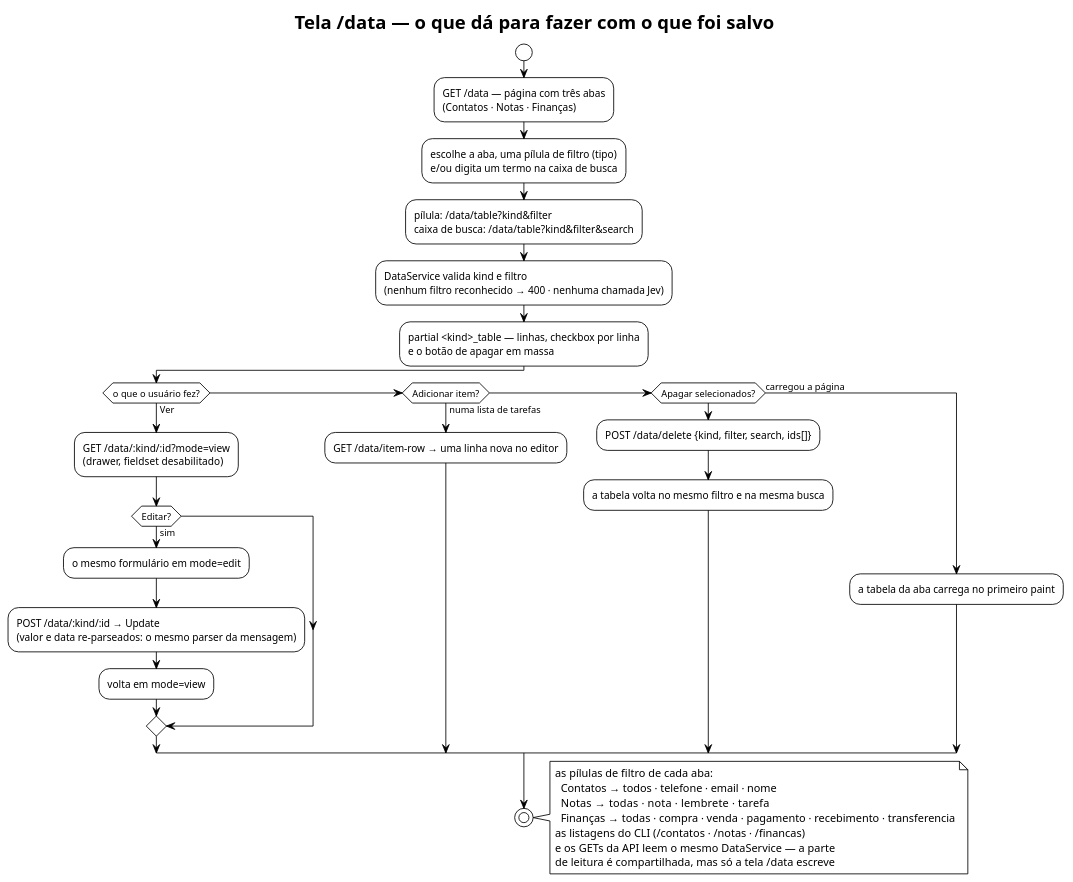
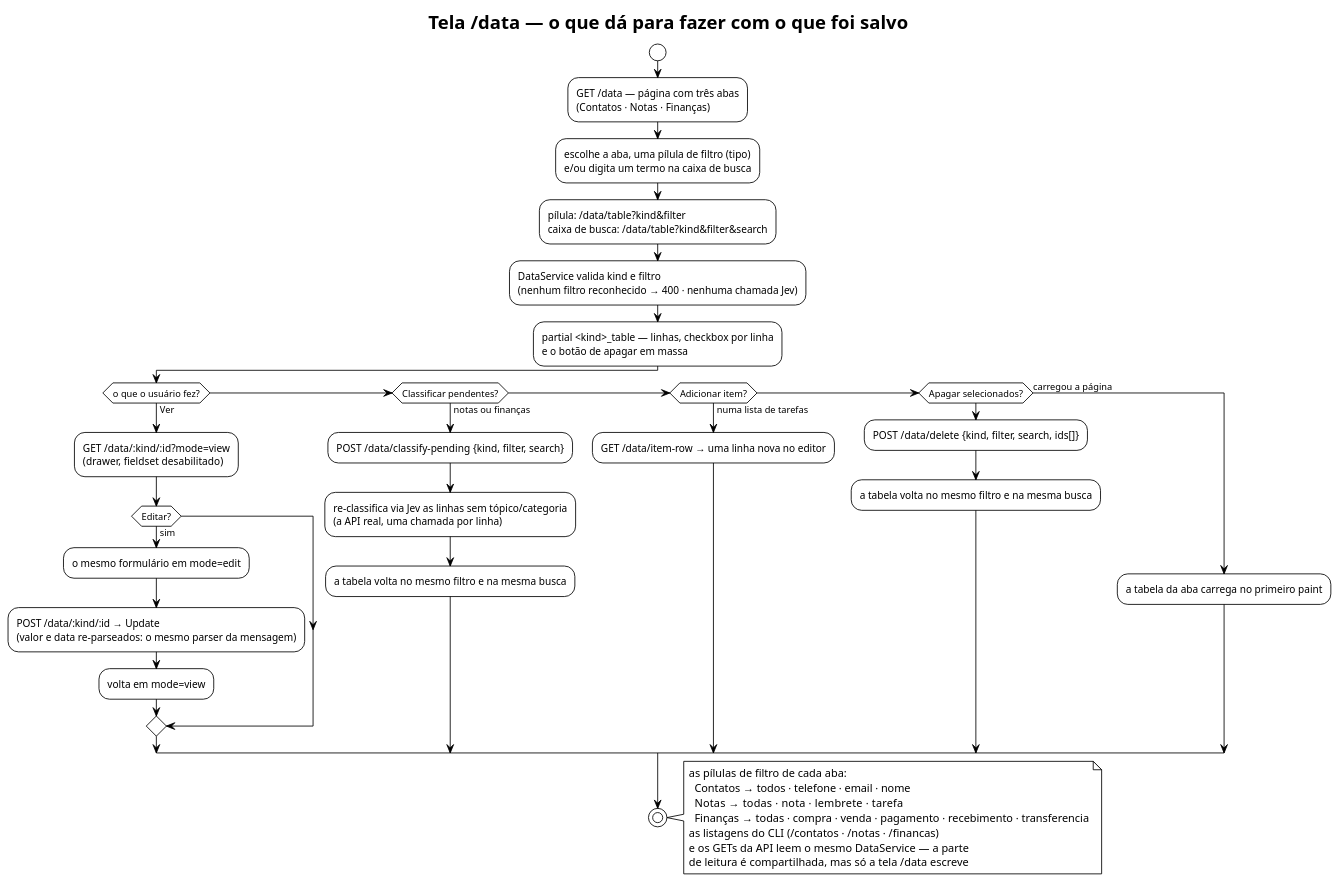
One commit to izacgaldino23/msg-classifier changed the diagram in docs/diagrams/fluxo-dados.puml. Above: the diagram before and after it, drawn with PlantUML. The commit also changed 21 other files, not shown here.

First line of the commit message:
feat(data): classify transactions and notes (category/topic)

```diff
--- a/docs/diagrams/fluxo-dados.puml
+++ b/docs/diagrams/fluxo-dados.puml
@@ -1,48 +1,53 @@
 @startuml fluxo-dados
 !theme plain
 title Tela /data — o que dá para fazer com o que foi salvo
 
 skinparam shadowing false
 
 start
 :GET /data — página com três abas
 (Contatos · Notas · Finanças);
 :escolhe a aba, uma pílula de filtro (tipo)
 e/ou digita um termo na caixa de busca;
 :pílula: /data/table?kind&filter
 caixa de busca: /data/table?kind&filter&search;
 :DataService valida kind e filtro
 (nenhum filtro reconhecido → 400 · nenhuma chamada Jev);
 :partial <kind>_table — linhas, checkbox por linha
 e o botão de apagar em massa;
 
 if (o que o usuário fez?) then (Ver)
   :GET /data/:kind/:id?mode=view
   (drawer, fieldset desabilitado);
   if (Editar?) then (sim)
     :o mesmo formulário em mode=edit;
     :POST /data/:kind/:id → Update
     (valor e data re-parseados: o mesmo parser da mensagem);
     :volta em mode=view;
   endif
+elseif (Classificar pendentes?) then (notas ou finanças)
+  :POST /data/classify-pending {kind, filter, search};
+  :re-classifica via Jev as linhas sem tópico/categoria
+  (a API real, uma chamada por linha);
+  :a tabela volta no mesmo filtro e na mesma busca;
 elseif (Adicionar item?) then (numa lista de tarefas)
   :GET /data/item-row → uma linha nova no editor;
 elseif (Apagar selecionados?) then
   :POST /data/delete {kind, filter, search, ids[]};
   :a tabela volta no mesmo filtro e na mesma busca;
 else (carregou a página)
   :a tabela da aba carrega no primeiro paint;
 endif
 stop
 
 note right
   as pílulas de filtro de cada aba:
     Contatos → todos · telefone · email · nome
     Notas    → todas · nota · lembrete · tarefa
     Finanças → todas · compra · venda · pagamento · recebimento · transferencia
   as listagens do CLI (/contatos · /notas · /financas)
   e os GETs da API leem o mesmo DataService — a parte
   de leitura é compartilhada, mas só a tela /data escreve
 end note
 
 @enduml
```
